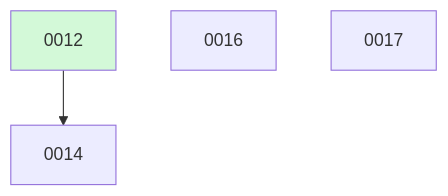
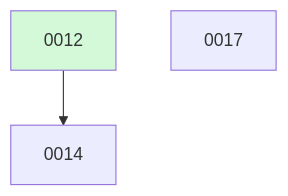
The diagram in docs/changes/BOARD.md (ethanhinson/fuse), drawn with Mermaid before and after one commit. The commit also changed other lines of this file, not shown here.

````diff
--- a/docs/changes/BOARD.md
+++ b/docs/changes/BOARD.md
@@ -18,8 +17,7 @@
 ```mermaid
 graph TD
   0012 --> 0014
-  0016
   0017
   0012:::done
   classDef done fill:#d3f9d8;
 ```
````
